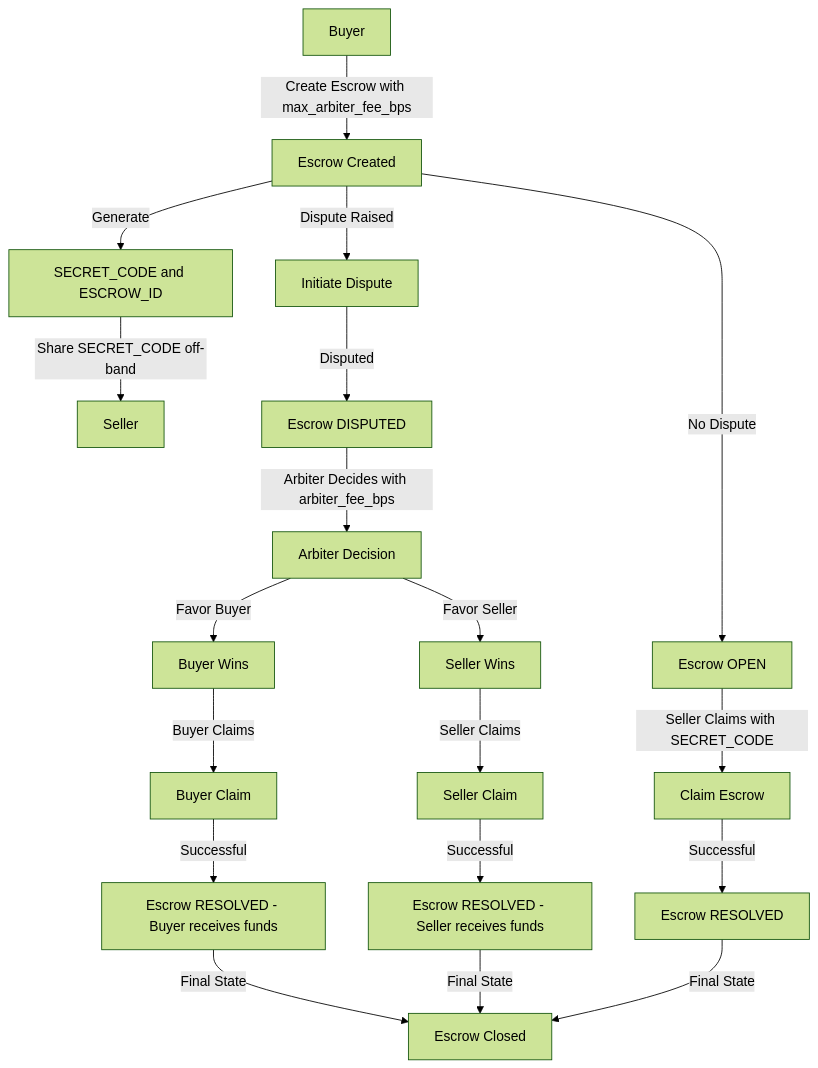
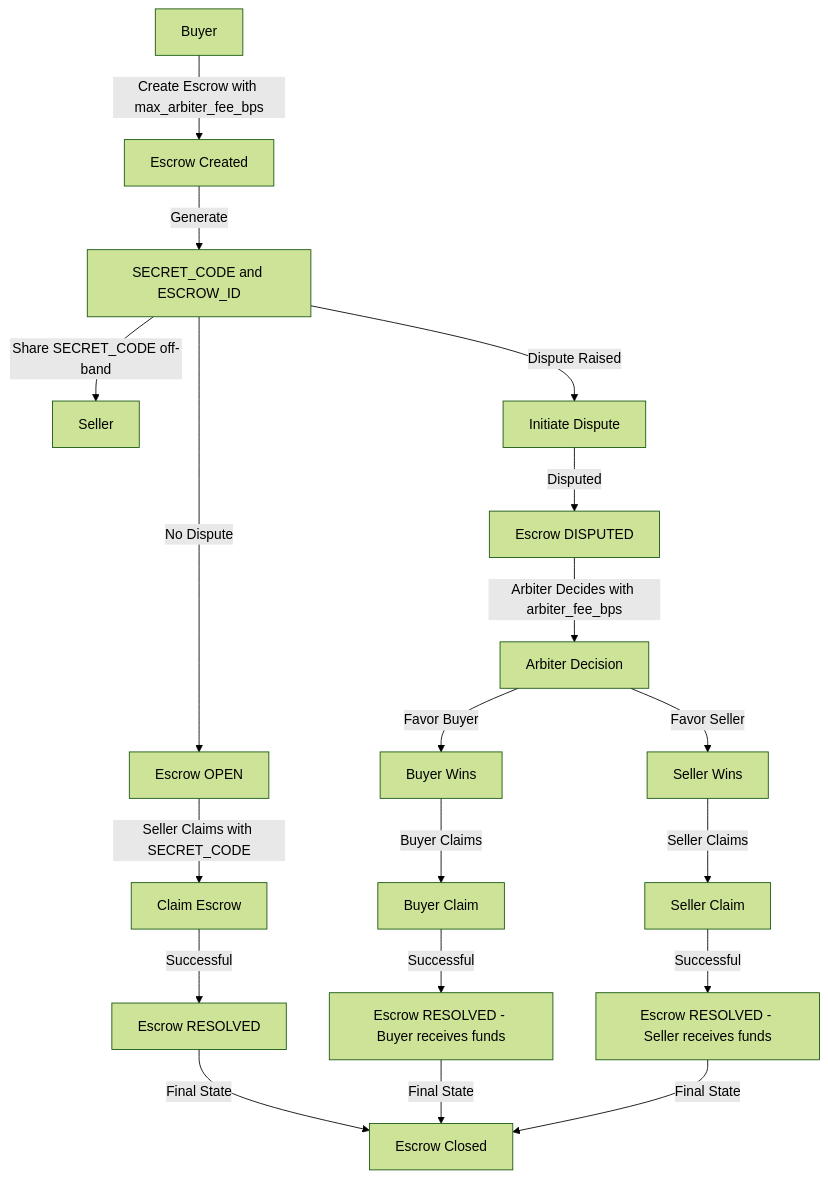
The diagram in README.md (harsh-ps-2003/escrow), drawn with Mermaid (forest theme) before and after one commit.

Commit message:
chore: improve diagram

````diff
--- a/README.md
+++ b/README.md
@@ -85,21 +85,21 @@
 ```mermaid
 graph TD
     A[Buyer] -->|Create Escrow with max_arbiter_fee_bps| B[Escrow Created]
     B -->|Generate| C[SECRET_CODE and ESCROW_ID]
     C -->|Share SECRET_CODE off-band| D[Seller]
-    B -->|No Dispute| E[Escrow OPEN]
+    C -->|No Dispute| E[Escrow OPEN]
+    C -->|Dispute Raised| H[Initiate Dispute]
     E -->|Seller Claims with SECRET_CODE| F[Claim Escrow]
     F -->|Successful| G[Escrow RESOLVED]
-    B -->|Dispute Raised| H[Initiate Dispute]
     H -->|Disputed| I[Escrow DISPUTED]
     I -->|Arbiter Decides with arbiter_fee_bps| J[Arbiter Decision]
     J -->|Favor Buyer| K[Buyer Wins]
+    J -->|Favor Seller| N[Seller Wins]
     K -->|Buyer Claims| L[Buyer Claim]
     L -->|Successful| M[Escrow RESOLVED - Buyer receives funds]
-    J -->|Favor Seller| N[Seller Wins]
     N -->|Seller Claims| O[Seller Claim]
     O -->|Successful| P[Escrow RESOLVED - Seller receives funds]
-    M -->|Final State| Q[Escrow Closed]
+    G -->|Final State| Q[Escrow Closed]
+    M -->|Final State| Q
     P -->|Final State| Q
-    G -->|Final State| Q
 ```
````
